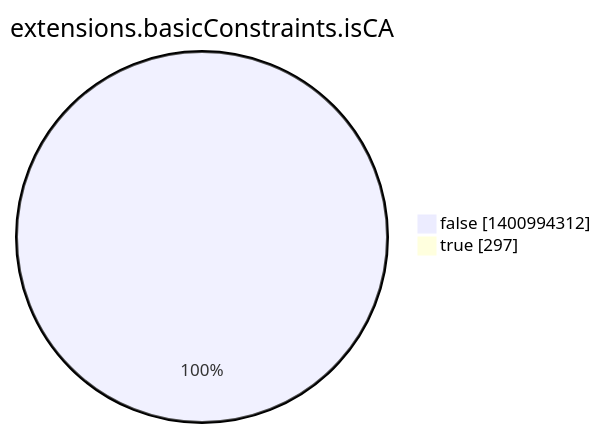
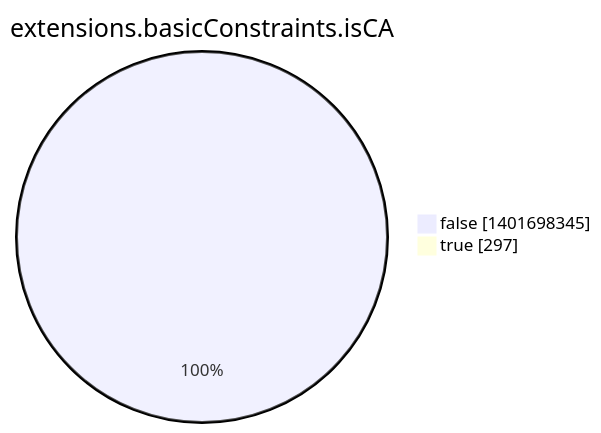
The eighth of 15 diagrams in argon2022/README.md (christiankrug/ctmonitor_visualization), drawn with Mermaid before and after one commit. The commit also changed other lines of this file, not shown here.

````diff
--- a/argon2022/README.md
+++ b/argon2022/README.md
@@ -2759,6 +2759,6 @@
 ```mermaid
 pie showData
 title extensions.basicConstraints.isCA
-"false" :1400994312
+"false" :1401698345
 "true" :297
 ```
````
